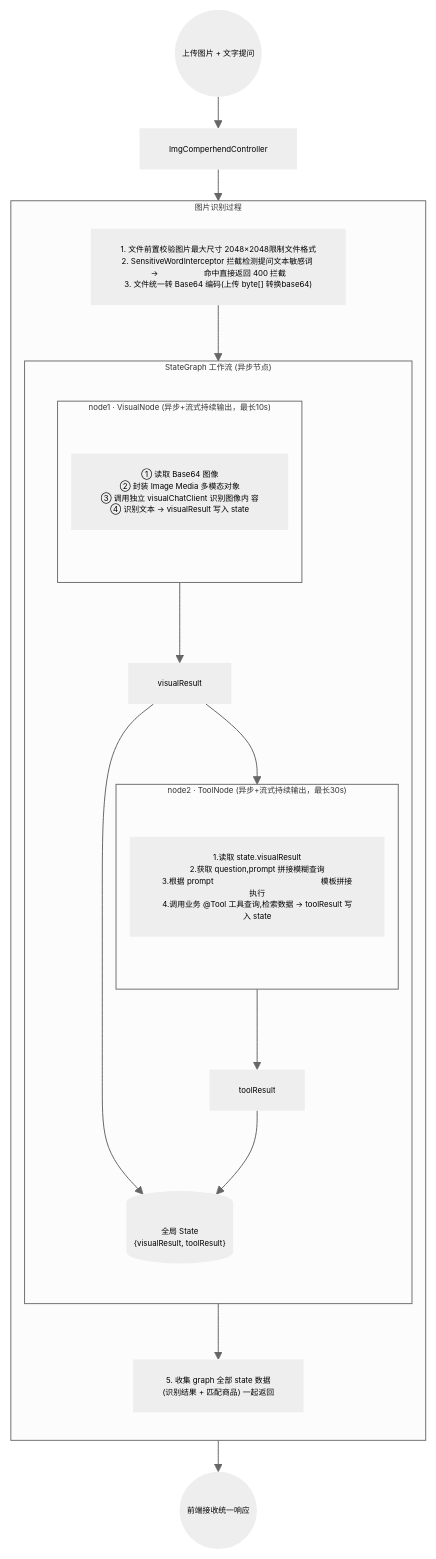
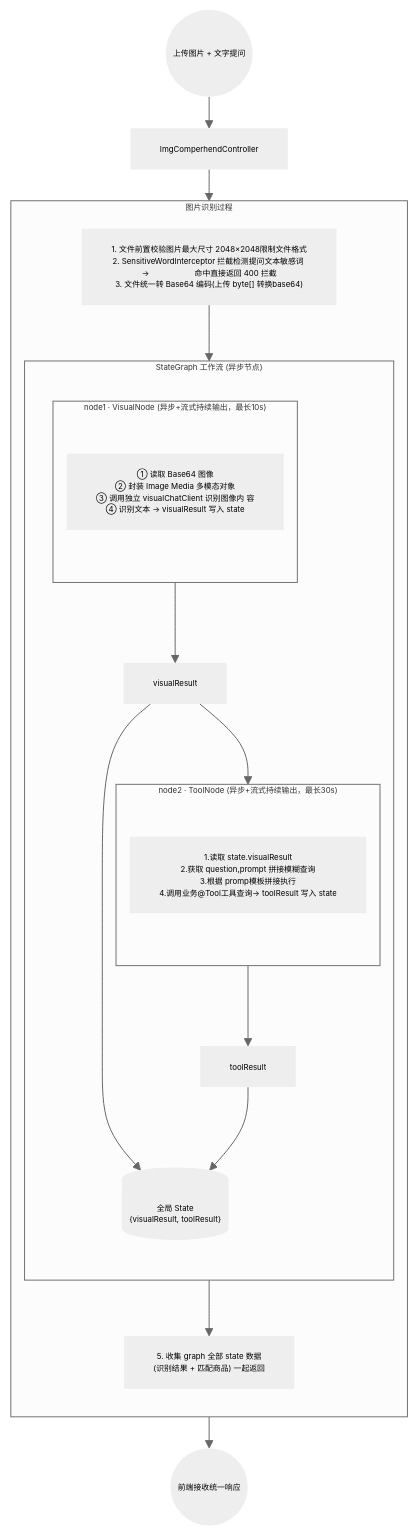
The second of 2 diagrams in README.md (1reaikeyi/intelligent-workflow), drawn with Mermaid before and after one commit. The commit also changed other lines of this file and 25 other files, not shown here.

````diff
--- a/README.md
+++ b/README.md
@@ -163,46 +164,46 @@
 ```mermaid
 %%{init: {'theme':'neutral','themeVariables':{'fontSize':'8px','nodeBorder':'2px'},'flowchart':{'nodeSpacing':8,'rankSpacing':32,'useMaxWidth':false,'curve':'basis'}}}%%
 flowchart TD
     Start(("上传图片 + 文字提问"))
     C["ImgComperhendController"]
 
     subgraph CHAIN ["图片识别过程"]
         direction TB
         S1["1. 文件前置校验图片最大尺寸 2048×2048限制文件格式<br/>2. SensitiveWordInterceptor 拦截检测提问文本敏感词 →			命中直接返回 400 拦截<br/>3. 文件统一转 Base64 编码(上传 byte[] 转换base64)"]
         
         subgraph GRAPH ["StateGraph 工作流 (异步节点)"]
             direction TB
   
             subgraph VGROUP ["node1 · VisualNode (异步+流式持续输出，最长10s)"]
                 direction TB
                 V1["① 读取 Base64 图像<br/>② 封装 Image Media 多模态对象<br/>③ 调用独立 visualChatClient 识别图像内						容<br/>④ 识别文本 → visualResult 写入 state"]
             end
             
             visualResult["visualResult"]
             
             subgraph TGROUP ["node2 · ToolNode (异步+流式持续输出，最长30s)"]
                 direction TB
-                INPUT1["1.读取 state.visualResult<br/>2.获取 question,prompt 拼接模糊查询<br/>3.根据 prompt 						模板拼接执行<br/>4.调用业务 @Tool 工具查询,检索数据 → toolResult 写入 state"]
+                INPUT1["1.读取 state.visualResult<br/>2.获取 question,prompt 拼接模糊查询<br/>3.根据 promp模板拼接执行<br/>4.调用业务@Tool工具查询→ toolResult 写入 state"]
                 end
             
             toolResult["toolResult"]
             ST[("全局 State<br/>{visualResult, toolResult}")]
             
             %% 节点间数据流连接
             VGROUP --> visualResult
             visualResult --> TGROUP
             visualResult --> ST
             TGROUP --> toolResult
             toolResult --> ST
         end
 
         S5["5. 收集 graph 全部 state 数据<br/>(识别结果 + 匹配商品) 一起返回"]
     end
 
     End(("前端接收统一响应"))
 
     %% 主流程串联
     Start --> C --> S1
     S1 --> VGROUP
     ST --> S5 --> End
 ```
````
